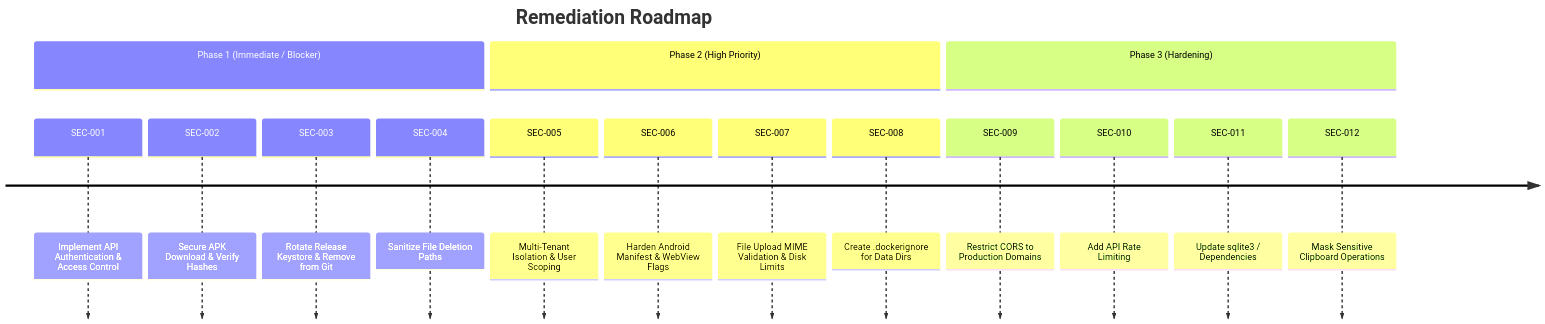
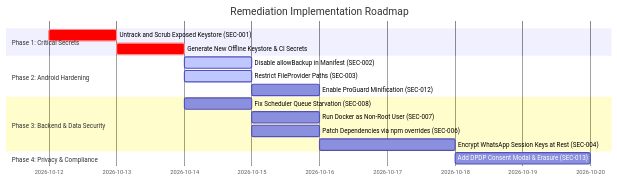
The second of 2 diagrams in SECURITY_AUDIT_REPORT.md (PannagaJA/Whatsapp-Scheduler), drawn with Mermaid before and after one commit. The commit also changed other lines of this file and 23 other files, not shown here.

First line of the commit message:
feat(security): complete Phase 1–4 pre-production security remediation

````diff
--- a/SECURITY_AUDIT_REPORT.md
+++ b/SECURITY_AUDIT_REPORT.md
@@ -529,19 +617,19 @@
 ```mermaid
-timeline
-    title Remediation Roadmap
-    section Phase 1 (Immediate / Blocker)
-      SEC-001 : Implement API Authentication & Access Control
-      SEC-002 : Secure APK Download & Verify Hashes
-      SEC-003 : Rotate Release Keystore & Remove from Git
-      SEC-004 : Sanitize File Deletion Paths
-    section Phase 2 (High Priority)
-      SEC-005 : Multi-Tenant Isolation & User Scoping
-      SEC-006 : Harden Android Manifest & WebView Flags
-      SEC-007 : File Upload MIME Validation & Disk Limits
-      SEC-008 : Create .dockerignore for Data Dirs
-    section Phase 3 (Hardening)
-      SEC-009 : Restrict CORS to Production Domains
-      SEC-010 : Add API Rate Limiting
-      SEC-011 : Update sqlite3 / Dependencies
-      SEC-012 : Mask Sensitive Clipboard Operations
+gantt
+    title Remediation Implementation Roadmap
+    dateFormat  YYYY-MM-DD
+    section Phase 1: Critical Secrets
+    Untrack and Scrub Exposed Keystore (SEC-001)   :crit, p1, 2026-10-12, 1d
+    Generate New Offline Keystore & CI Secrets     :crit, p2, after p1, 1d
+    section Phase 2: Android Hardening
+    Disable allowBackup in Manifest (SEC-002)       :active, p3, after p2, 1d
+    Restrict FileProvider Paths (SEC-003)           :active, p4, after p2, 1d
+    Enable ProGuard Minification (SEC-012)          :p5, after p4, 1d
+    section Phase 3: Backend & Data Security
+    Fix Scheduler Queue Starvation (SEC-008)       :p6, after p2, 1d
+    Run Docker as Non-Root User (SEC-007)          :p7, after p6, 1d
+    Patch Dependencies via npm overrides (SEC-006) :p8, after p6, 1d
+    Encrypt WhatsApp Session Keys at Rest (SEC-004):p9, after p8, 2d
+    section Phase 4: Privacy & Compliance
+    Add DPDP Consent Modal & Erasure (SEC-013)     :p10, after p9, 2d
 ```
````
